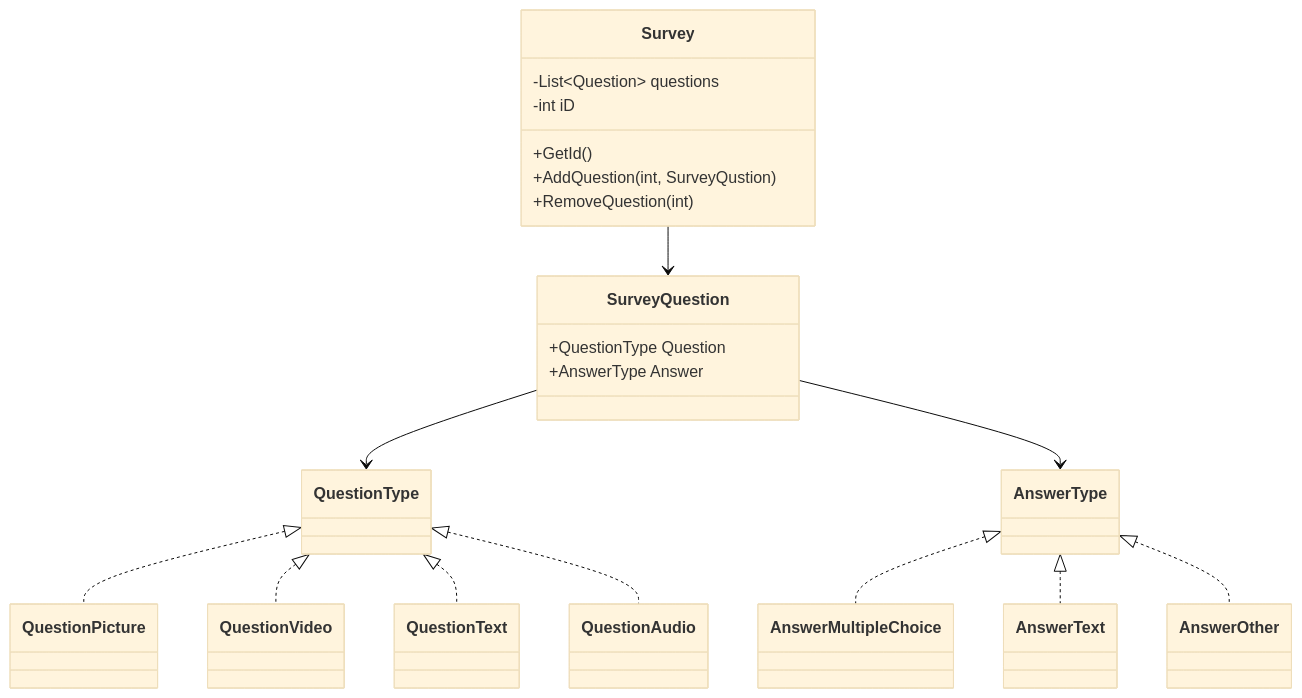
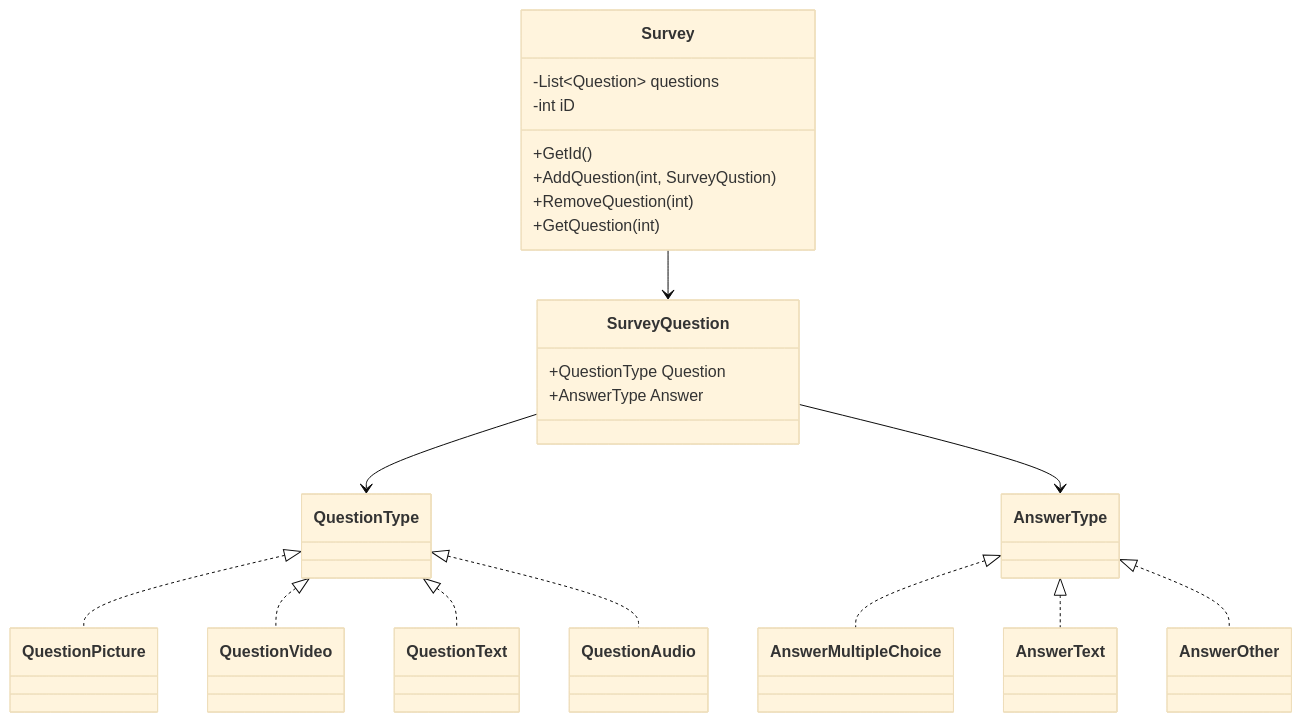
One commit to jonasreholt/SEA changed the diagram in UML/class_diagrams/survey_question_relation.md. Above: the diagram before and after it, drawn with Mermaid (base theme).

Commit message:
added GetQuestion method to the Survey class

````diff
--- a/UML/class_diagrams/survey_question_relation.md
+++ b/UML/class_diagrams/survey_question_relation.md
@@ -1,26 +1,27 @@
 ```mermaid
 classDiagram
     class Survey{
         -List~Question~ questions
         -int iD
         +GetId()
         +AddQuestion(int, SurveyQustion)
         +RemoveQuestion(int)
+        +GetQuestion(int)
     }
         
     class SurveyQuestion{
         +QuestionType Question
         +AnswerType Answer
     }
     Survey --> SurveyQuestion
     SurveyQuestion --> QuestionType
     SurveyQuestion --> AnswerType
     QuestionType <|.. QuestionPicture
     QuestionType <|.. QuestionVideo
     QuestionType <|.. QuestionText
     QuestionType <|.. QuestionAudio
     AnswerType <|.. AnswerMultipleChoice
     AnswerType <|.. AnswerText
     AnswerType <|.. AnswerOther
     
 ```
````
